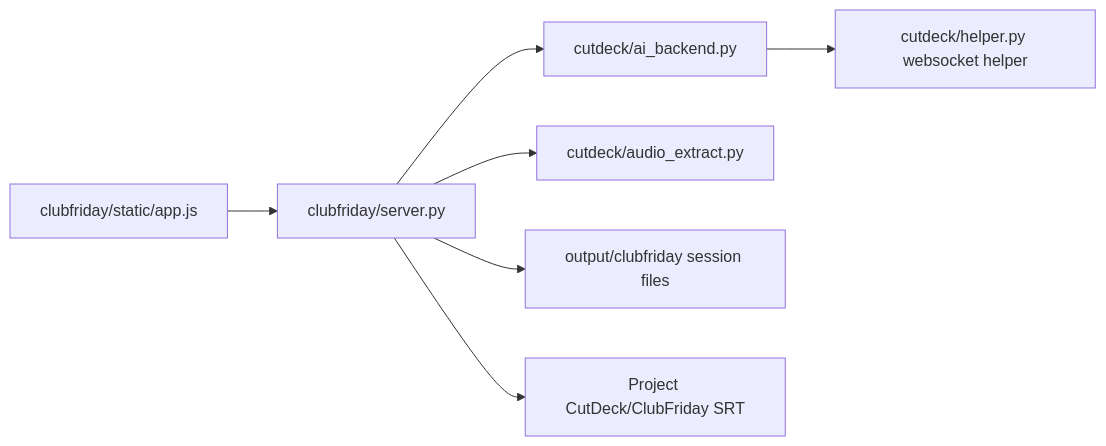
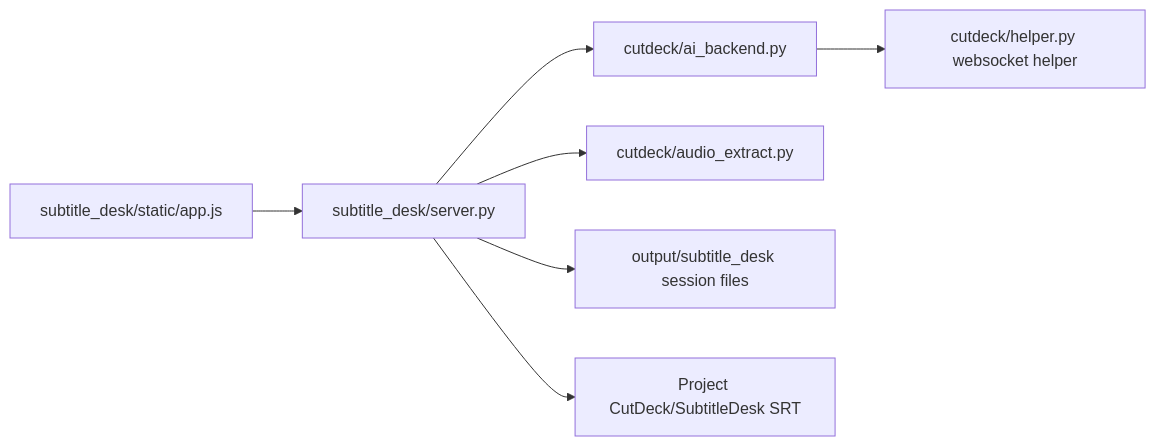
Before and after one commit to thanaponai01-collab/B-transcriber: the diagram in docs/architecture.md, drawn with Mermaid. The commit also changed other lines of this file and 33 other files, not shown here.

First line of the commit message:
refactor: rename ClubFriday to SubtitleDesk

````diff
--- a/docs/architecture.md
+++ b/docs/architecture.md
@@ -15,9 +15,9 @@
 ```mermaid
 flowchart LR
-  browser["clubfriday/static/app.js"] --> server["clubfriday/server.py"]
+  browser["subtitle_desk/static/app.js"] --> server["subtitle_desk/server.py"]
   server --> backend["cutdeck/ai_backend.py"]
   server --> audio["cutdeck/audio_extract.py"]
-  server --> sessions["output/clubfriday session files"]
-  server --> srt["Project CutDeck/ClubFriday SRT"]
+  server --> sessions["output/subtitle_desk session files"]
+  server --> srt["Project CutDeck/SubtitleDesk SRT"]
   backend --> helper["cutdeck/helper.py websocket helper"]
 ```
````
